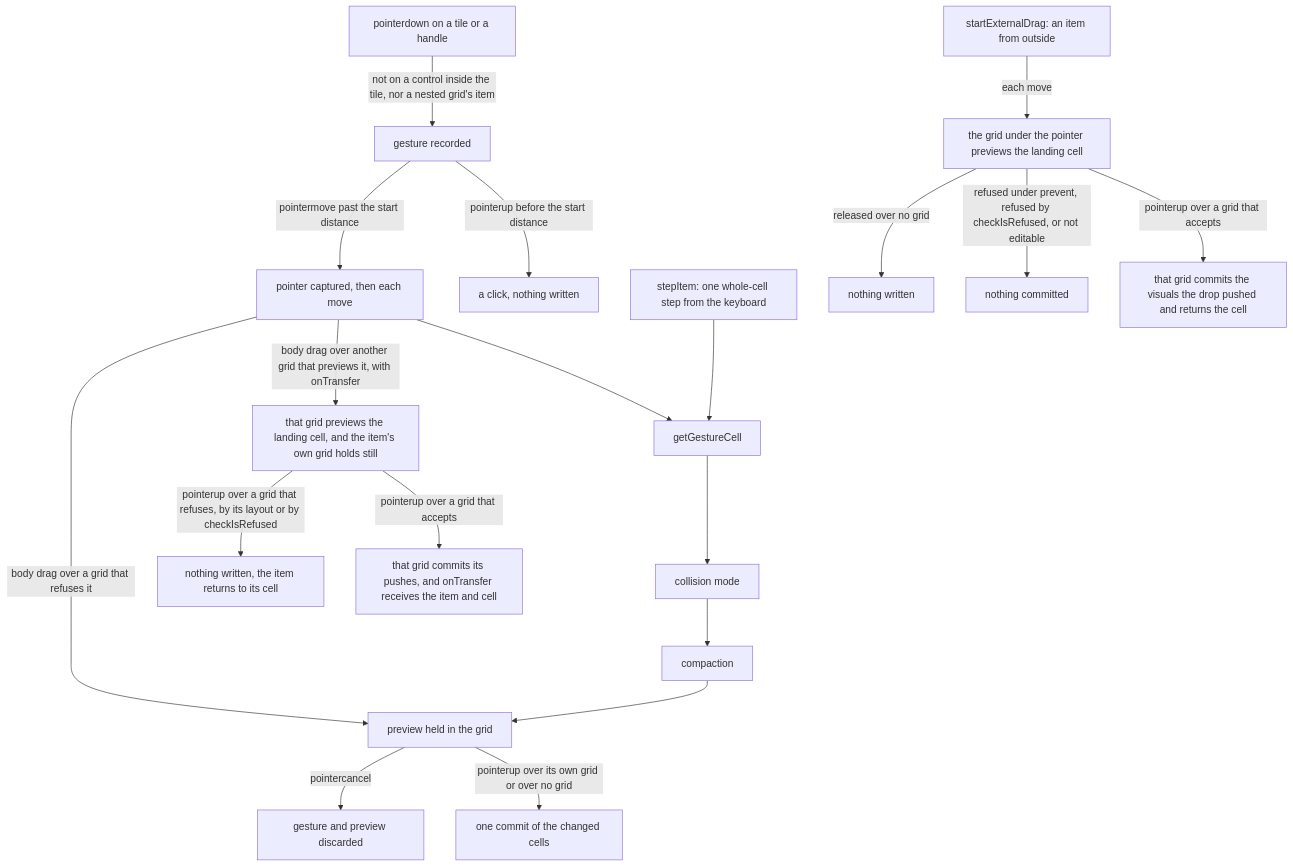
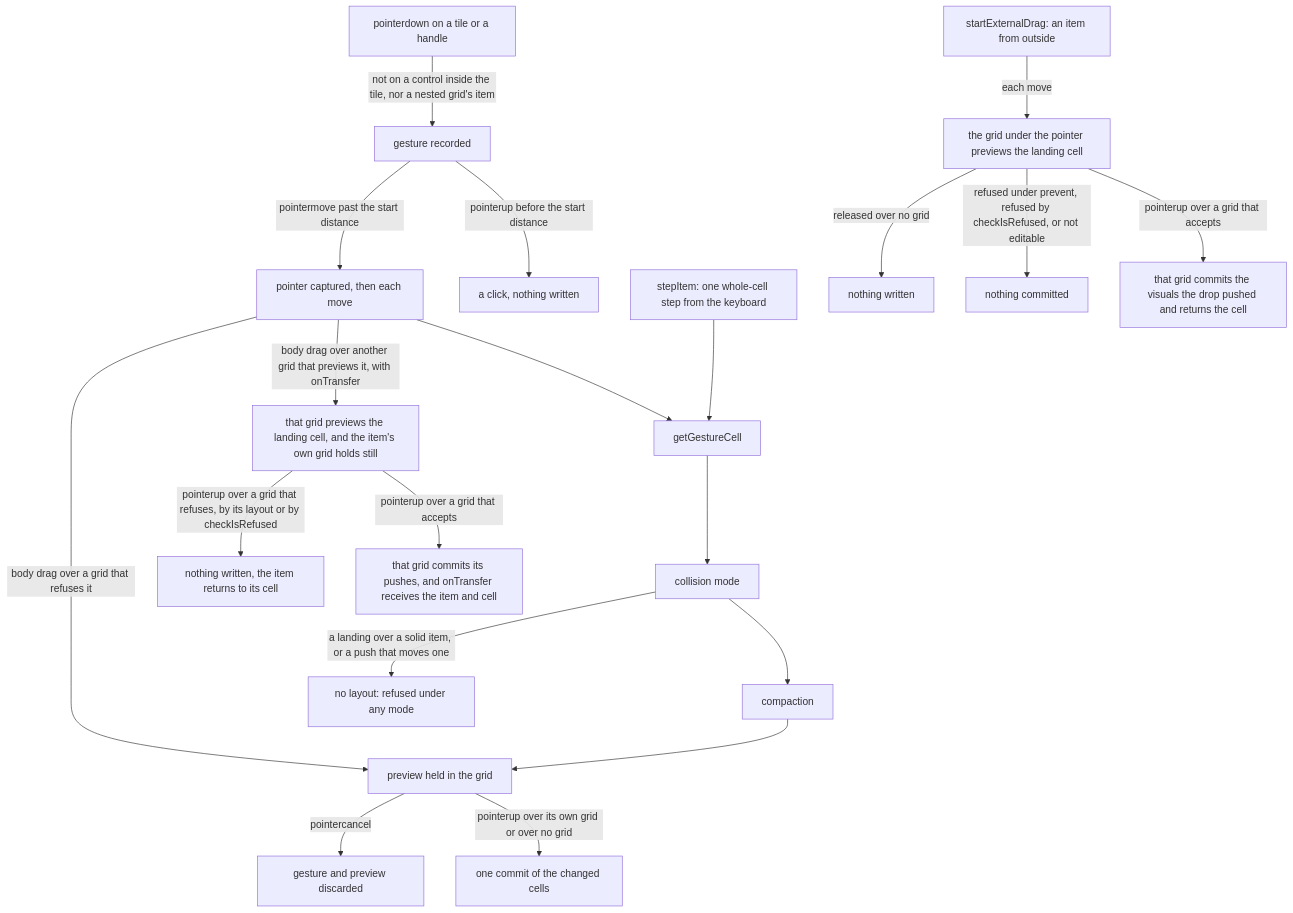
Before and after one commit to Esposter/Esposter: the diagram in openspec/specs/vue-grid-layout-headless/grid-layout/design.md, drawn with Mermaid. The commit also changed other lines of this file and 9 other files, not shown here.

First line of the commit message:
feat(vue-grid-layout-headless): a solid item keeps its cell, so a landing over it is refused under every mode

````diff
--- a/openspec/specs/vue-grid-layout-headless/grid-layout/design.md
+++ b/openspec/specs/vue-grid-layout-headless/grid-layout/design.md
@@ -17,21 +17,22 @@
 ```mermaid
 flowchart TD
   press["pointerdown on a tile or a handle"] -->|"not on a control inside the tile, nor a nested grid's item"| gesture["gesture recorded"]
   gesture -->|"pointerup before the start distance"| click["a click, nothing written"]
   gesture -->|"pointermove past the start distance"| captured["pointer captured, then each move"]
   captured --> cell["getGestureCell"]
   step["stepItem: one whole-cell step from the keyboard"] --> cell
   cell --> collide["collision mode"]
   collide --> compact["compaction"]
+  collide -->|"a landing over a solid item, or a push that moves one"| solidRefused["no layout: refused under any mode"]
   compact --> preview["preview held in the grid"]
   preview -->|"pointerup over its own grid or over no grid"| commit["one commit of the changed cells"]
   preview -->|"pointercancel"| discarded["gesture and preview discarded"]
   captured -->|"body drag over another grid that previews it, with onTransfer"| held["that grid previews the landing cell, and the item's own grid holds still"]
   captured -->|"body drag over a grid that refuses it"| preview
   held -->|"pointerup over a grid that accepts"| handed["that grid commits its pushes, and onTransfer receives the item and cell"]
   held -->|"pointerup over a grid that refuses, by its layout or by checkIsRefused"| returned["nothing written, the item returns to its cell"]
   drop["startExternalDrag: an item from outside"] -->|"each move"| ext["the grid under the pointer previews the landing cell"]
   ext -->|"pointerup over a grid that accepts"| accepted["that grid commits the visuals the drop pushed and returns the cell"]
   ext -->|"refused under prevent, refused by checkIsRefused, or not editable"| refused["nothing committed"]
   ext -->|"released over no grid"| dropped["nothing written"]
 ```
````
